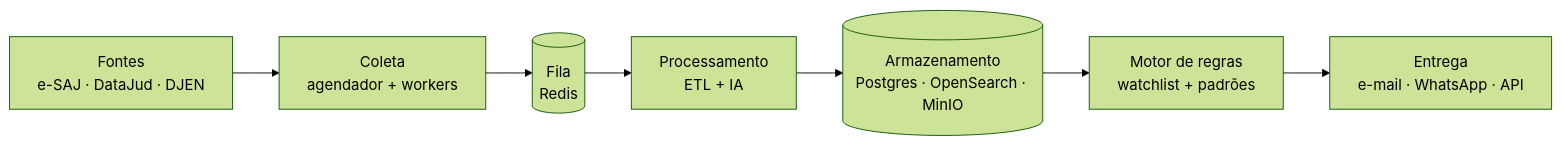
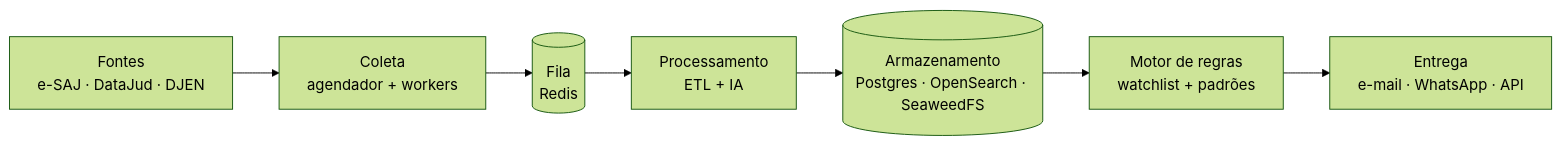
The first of 2 diagrams in docs/ESPECIFICACAO.md (advocaciaromagba-web/detetiveproc), drawn with Mermaid (forest theme) before and after one commit. The commit also changed other lines of this file and 10 other files, not shown here.

First line of the commit message:
Troca MinIO por SeaweedFS (S3) no armazenamento do HTML bruto

````diff
--- a/docs/ESPECIFICACAO.md
+++ b/docs/ESPECIFICACAO.md
@@ -38,9 +38,9 @@
 ```mermaid
 flowchart LR
     F[Fontes<br/>e-SAJ · DataJud · DJEN] --> C[Coleta<br/>agendador + workers]
     C --> Q[(Fila<br/>Redis)]
     Q --> P[Processamento<br/>ETL + IA]
-    P --> A[(Armazenamento<br/>Postgres · OpenSearch · MinIO)]
+    P --> A[(Armazenamento<br/>Postgres · OpenSearch · SeaweedFS)]
     A --> R[Motor de regras<br/>watchlist + padrões]
     R --> E[Entrega<br/>e-mail · WhatsApp · API]
 ```
````
